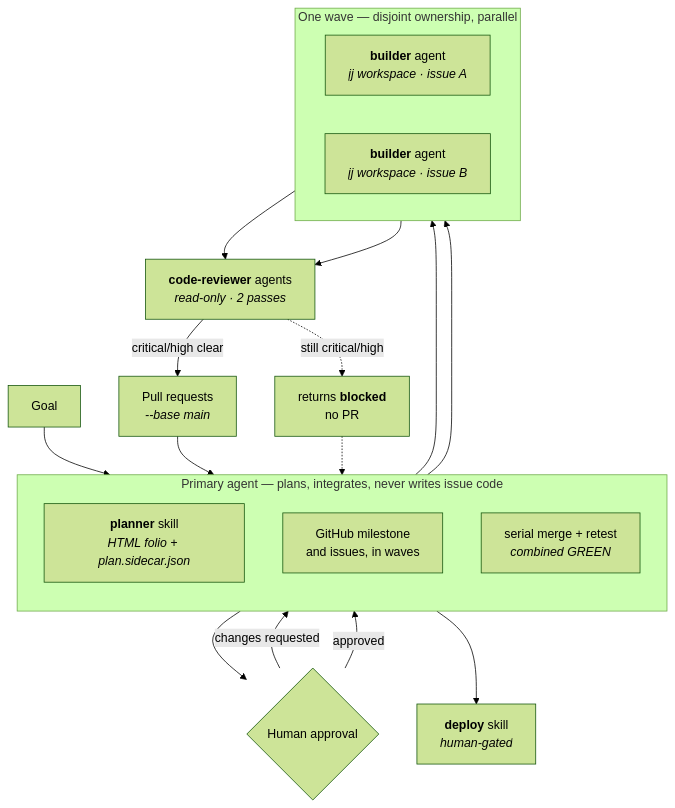
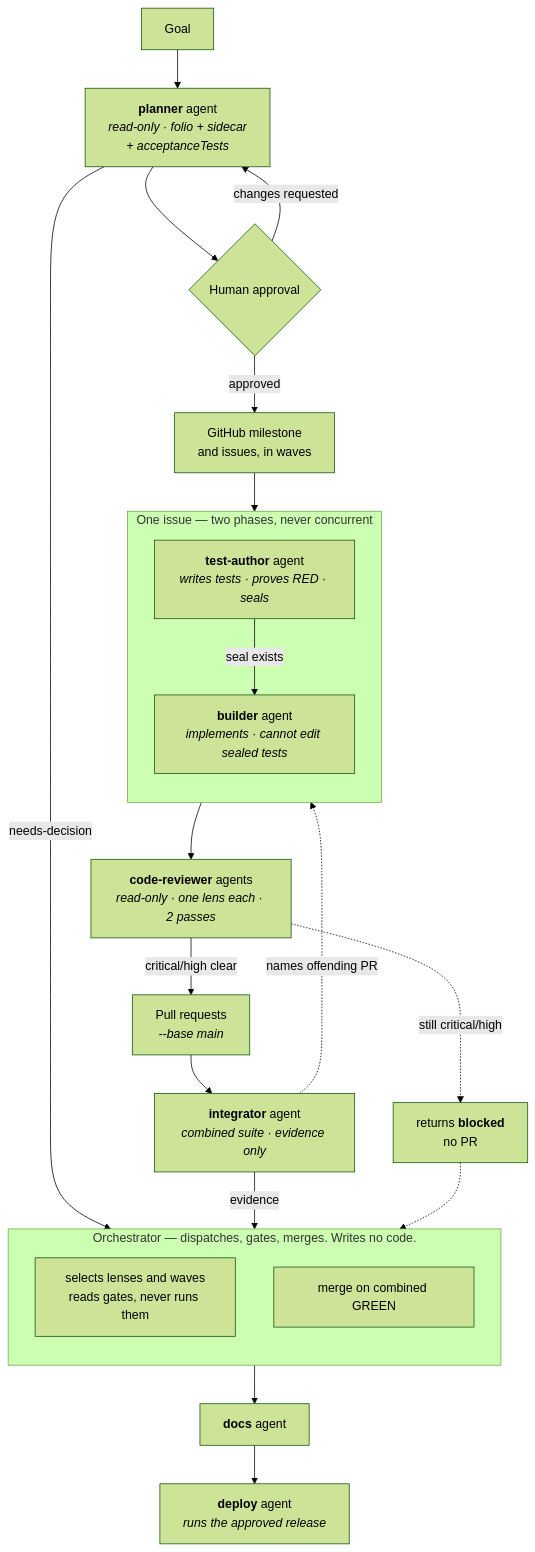
The first of 3 diagrams in README.md (anvil008/nova), drawn with Mermaid (forest theme) before and after one commit. The commit also changed other lines of this file and 62 other files, not shown here.

First line of the commit message:
feat(agents): make the primary agent a pure orchestrator (#52)

````diff
--- a/README.md
+++ b/README.md
@@ -62,35 +100,43 @@
 ```mermaid
 flowchart TB
     Goal["Goal"]
 
-    subgraph primary["Primary agent — plans, integrates, never writes issue code"]
+    subgraph orch["Orchestrator — dispatches, gates, merges. Writes no code."]
         direction TB
-        Plan["<b>planner</b> skill<br/><i>HTML folio + plan.sidecar.json</i>"]
-        Issues["GitHub milestone<br/>and issues, in waves"]
-        Integrate["serial merge + retest<br/><i>combined GREEN</i>"]
+        Dispatch["selects lenses and waves<br/>reads gates, never runs them"]
+        Merge["merge on combined GREEN"]
     end
 
+    P["<b>planner</b> agent<br/><i>read-only · folio + sidecar<br/>+ acceptanceTests</i>"]
     Gate{"Human approval"}
+    Issues["GitHub milestone<br/>and issues, in waves"]
 
-    subgraph wave["One wave — disjoint ownership, parallel"]
-        direction LR
-        B1["<b>builder</b> agent<br/><i>jj workspace · issue A</i>"]
-        B2["<b>builder</b> agent<br/><i>jj workspace · issue B</i>"]
+    subgraph wave["One issue — two phases, never concurrent"]
+        direction TB
+        TA["<b>test-author</b> agent<br/><i>writes tests · proves RED · seals</i>"]
+        B["<b>builder</b> agent<br/><i>implements · cannot edit sealed tests</i>"]
+        TA -->|"seal exists"| B
     end
 
-    R1["<b>code-reviewer</b> agents<br/><i>read-only · 2 passes</i>"]
+    R["<b>code-reviewer</b> agents<br/><i>read-only · one lens each · 2 passes</i>"]
     PRs["Pull requests<br/><i>--base main</i>"]
-    Ship["<b>deploy</b> skill<br/><i>human-gated</i>"]
+    I["<b>integrator</b> agent<br/><i>combined suite · evidence only</i>"]
+    D["<b>docs</b> agent"]
+    Dep["<b>deploy</b> agent<br/><i>runs the approved release</i>"]
 
-    Goal --> Plan
-    Plan --> Gate
-    Gate -->|changes requested| Plan
+    Goal --> P
+    P -->|"needs-decision"| Dispatch
+    P --> Gate
+    Gate -->|changes requested| P
     Gate -->|approved| Issues
-    Issues --> B1 & B2
-    B1 & B2 --> R1
-    R1 -->|"critical/high clear"| PRs
-    R1 -.->|"still critical/high"| Blocked["returns <b>blocked</b><br/>no PR"]
-    PRs --> Integrate
-    Blocked -.-> Issues
-    Integrate --> Ship
+    Issues --> TA
+    B --> R
+    R -->|"critical/high clear"| PRs
+    R -.->|"still critical/high"| Blocked["returns <b>blocked</b><br/>no PR"]
+    PRs --> I
+    I -->|"evidence"| Merge
+    I -.->|"names offending PR"| B
+    Blocked -.-> Dispatch
+    Merge --> D
+    D --> Dep
 ```
````
